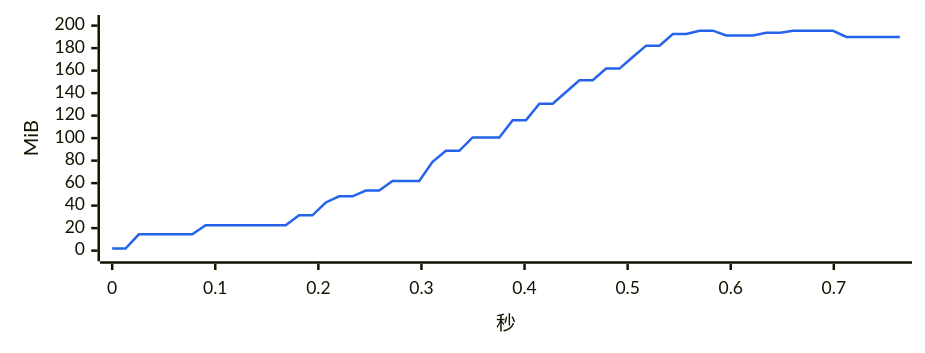
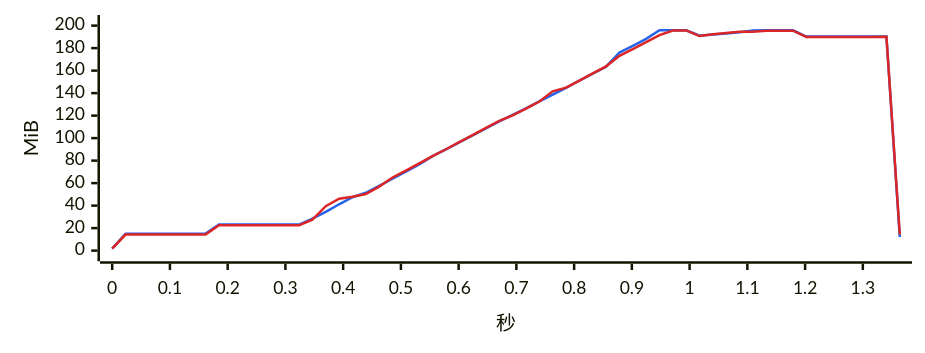
Before and after one commit to 334456777/WeFlow: diagram 11 of 17 in bench/v4.0.0/summary.md, drawn with Mermaid. The commit also changed other lines of this file and 3 other files, not shown here.

````diff
--- a/bench/v4.0.0/summary.md
+++ b/bench/v4.0.0/summary.md
@@ -389,7 +397,8 @@
 ```mermaid
-%%{init: {"xyChart": {"width": 720, "height": 260}, "themeVariables": {"xyChart": {"plotColorPalette": "#2563eb"}}}}%%
+%%{init: {"xyChart": {"width": 720, "height": 260}, "themeVariables": {"xyChart": {"plotColorPalette": "#2563eb, #dc2626"}}}}%%
 xychart-beta
-    x-axis "秒" 0 --> 0.764
+    x-axis "秒" 0 --> 1.364
     y-axis "MiB" 0 --> 200
-    line [1.8, 1.8, 14.5, 14.5, 14.5, 14.5, 14.5, 22.6, 22.6, 22.6, 22.6, 22.6, 22.6, 22.6, 31.4, 31.4, 42.8, 48.3, 48.3, 53.4, 53.4, 62.0, 62.0, 62.0, 78.9, 88.7, 88.7, 100.6, 100.6, 100.6, 116.0, 116.0, 130.6, 130.6, 141.0, 151.4, 151.4, 161.8, 161.8, 172.1, 182.2, 182.2, 192.5, 192.5, 195.5, 195.5, 191.2, 191.2, 191.2, 193.6, 193.6, 195.4, 195.4, 195.4, 195.4, 189.9, 189.9, 189.9, 189.9, 189.9]
+    line [1.8, 15.1, 15.1, 15.1, 15.1, 15.1, 15.1, 15.1, 23.2, 23.2, 23.2, 23.2, 23.2, 23.2, 23.2, 28.5, 34.4, 41.2, 47.5, 51.4, 57.5, 63.9, 70.1, 76.6, 84.0, 89.9, 96.2, 102.4, 108.7, 114.9, 120.7, 126.5, 132.6, 138.7, 144.6, 151.2, 157.4, 163.5, 176.1, 182.1, 188.2, 195.9, 195.9, 195.9, 191.0, 192.1, 193.1, 194.2, 195.6, 195.8, 195.8, 195.8, 190.3, 190.3, 190.3, 190.3, 190.3, 190.3, 190.3, 12.1]
+    line [1.8, 14.3, 14.3, 14.3, 14.3, 14.3, 14.3, 14.3, 22.5, 22.5, 22.5, 22.5, 22.5, 22.5, 22.5, 27.6, 39.5, 46.2, 47.9, 50.3, 56.9, 65.0, 71.2, 77.6, 84.0, 90.1, 96.5, 102.7, 109.1, 115.4, 120.2, 126.3, 132.5, 141.6, 144.9, 151.2, 157.6, 163.8, 173.1, 179.1, 185.3, 191.5, 195.7, 195.7, 190.7, 192.3, 193.5, 194.5, 194.5, 195.5, 195.5, 195.5, 190.0, 190.0, 190.0, 190.0, 190.0, 190.0, 190.1, 14.3]
 ```
````
